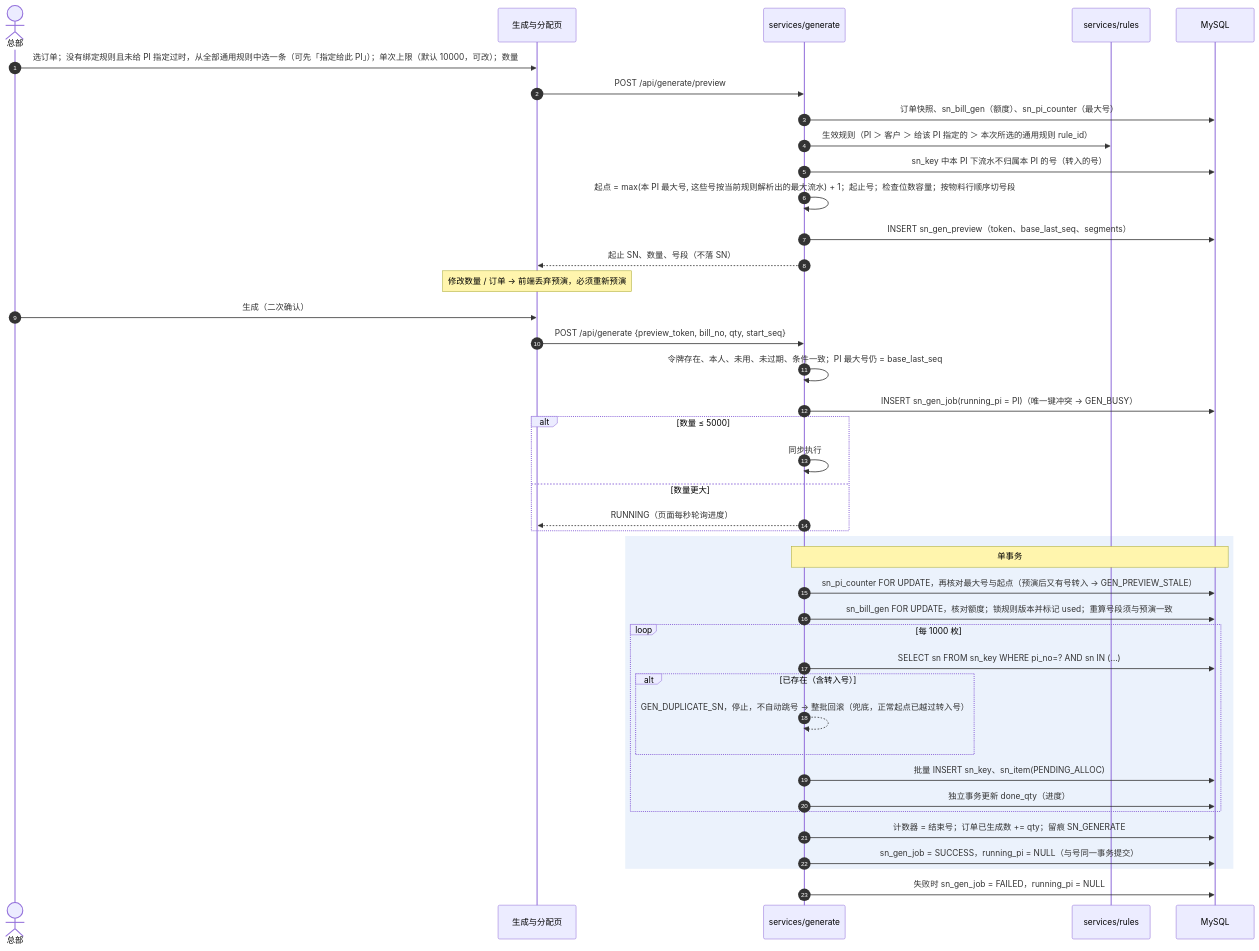
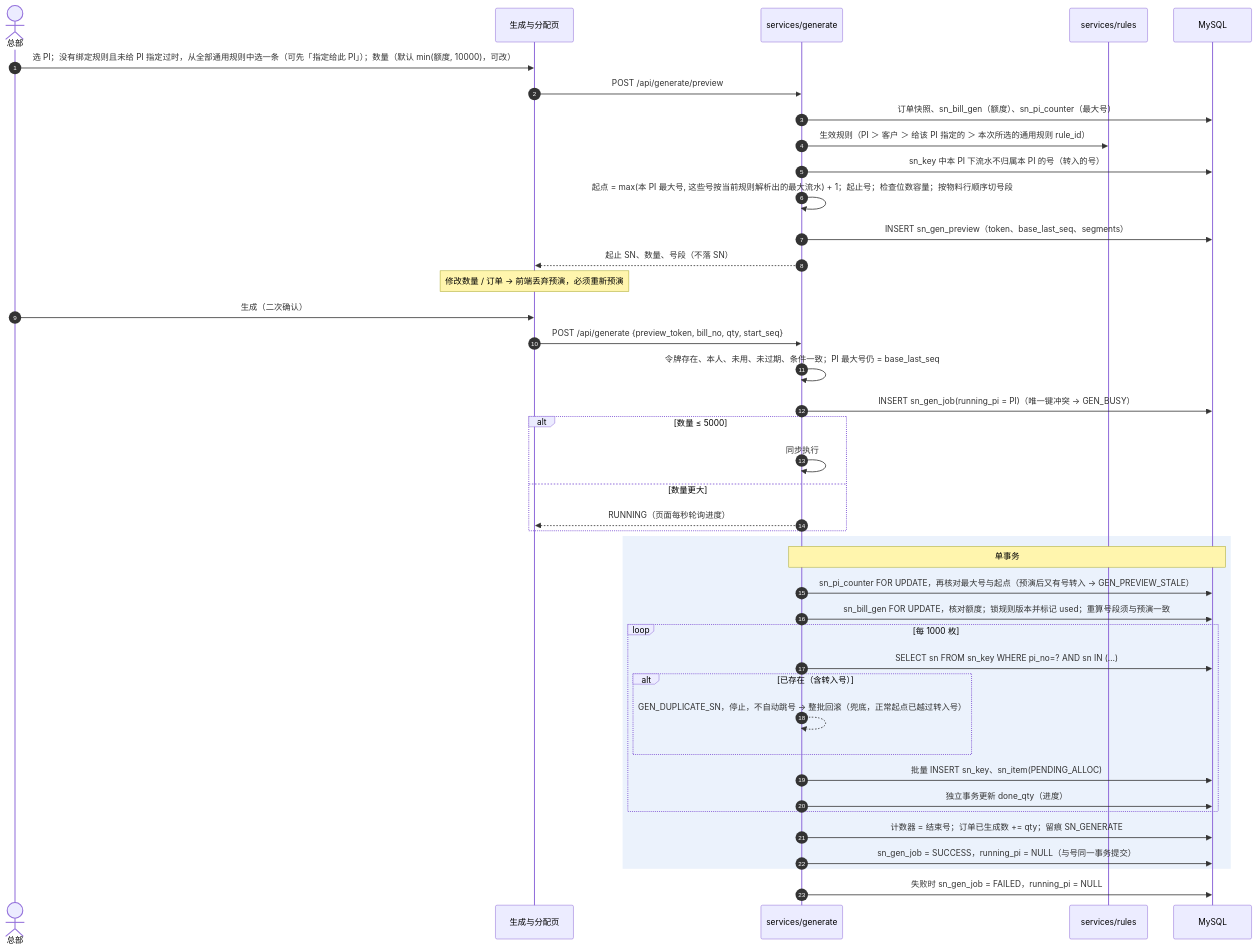
Before and after one commit to Createsnow/sn-center: the seventh of 13 diagrams in docs/技术文档.md, drawn with Mermaid. The commit also changed other lines of this file and 5 other files, not shown here.

````diff
--- a/docs/技术文档.md
+++ b/docs/技术文档.md
@@ -234,43 +234,43 @@
 ```mermaid
 sequenceDiagram
     autonumber
     actor H as 总部
     participant W as 生成与分配页
     participant G as services/generate
     participant R as services/rules
     participant DB as MySQL
-    H->>W: 选订单；没有绑定规则且未给 PI 指定过时，从全部通用规则中选一条（可先「指定给此 PI」）；单次上限（默认 10000，可改）；数量
+    H->>W: 选 PI；没有绑定规则且未给 PI 指定过时，从全部通用规则中选一条（可先「指定给此 PI」）；数量（默认 min(额度, 10000)，可改）
     W->>G: POST /api/generate/preview
     G->>DB: 订单快照、sn_bill_gen（额度）、sn_pi_counter（最大号）
     G->>R: 生效规则（PI ＞ 客户 ＞ 给该 PI 指定的 ＞ 本次所选的通用规则 rule_id）
     G->>DB: sn_key 中本 PI 下流水不归属本 PI 的号（转入的号）
     G->>G: 起点 = max(本 PI 最大号, 这些号按当前规则解析出的最大流水) + 1；起止号；检查位数容量；按物料行顺序切号段
     G->>DB: INSERT sn_gen_preview（token、base_last_seq、segments）
     G-->>W: 起止 SN、数量、号段（不落 SN）
     Note over W: 修改数量 / 订单 → 前端丢弃预演，必须重新预演
     H->>W: 生成（二次确认）
     W->>G: POST /api/generate {preview_token, bill_no, qty, start_seq}
     G->>G: 令牌存在、本人、未用、未过期、条件一致；PI 最大号仍 = base_last_seq
     G->>DB: INSERT sn_gen_job(running_pi = PI)（唯一键冲突 → GEN_BUSY）
     alt 数量 ≤ 5000
         G->>G: 同步执行
     else 数量更大
         G-->>W: RUNNING（页面每秒轮询进度）
     end
     rect rgb(235, 242, 252)
     Note over G,DB: 单事务
     G->>DB: sn_pi_counter FOR UPDATE，再核对最大号与起点（预演后又有号转入 → GEN_PREVIEW_STALE）
     G->>DB: sn_bill_gen FOR UPDATE，核对额度；锁规则版本并标记 used；重算号段须与预演一致
     loop 每 1000 枚
         G->>DB: SELECT sn FROM sn_key WHERE pi_no=? AND sn IN (…)
         alt 已存在（含转入号）
             G-->>G: GEN_DUPLICATE_SN，停止，不自动跳号 → 整批回滚（兜底，正常起点已越过转入号）
         end
         G->>DB: 批量 INSERT sn_key、sn_item(PENDING_ALLOC)
         G->>DB: 独立事务更新 done_qty（进度）
     end
     G->>DB: 计数器 = 结束号；订单已生成数 += qty；留痕 SN_GENERATE
     G->>DB: sn_gen_job = SUCCESS，running_pi = NULL（与号同一事务提交）
     end
     G->>DB: 失败时 sn_gen_job = FAILED，running_pi = NULL
 ```
````
